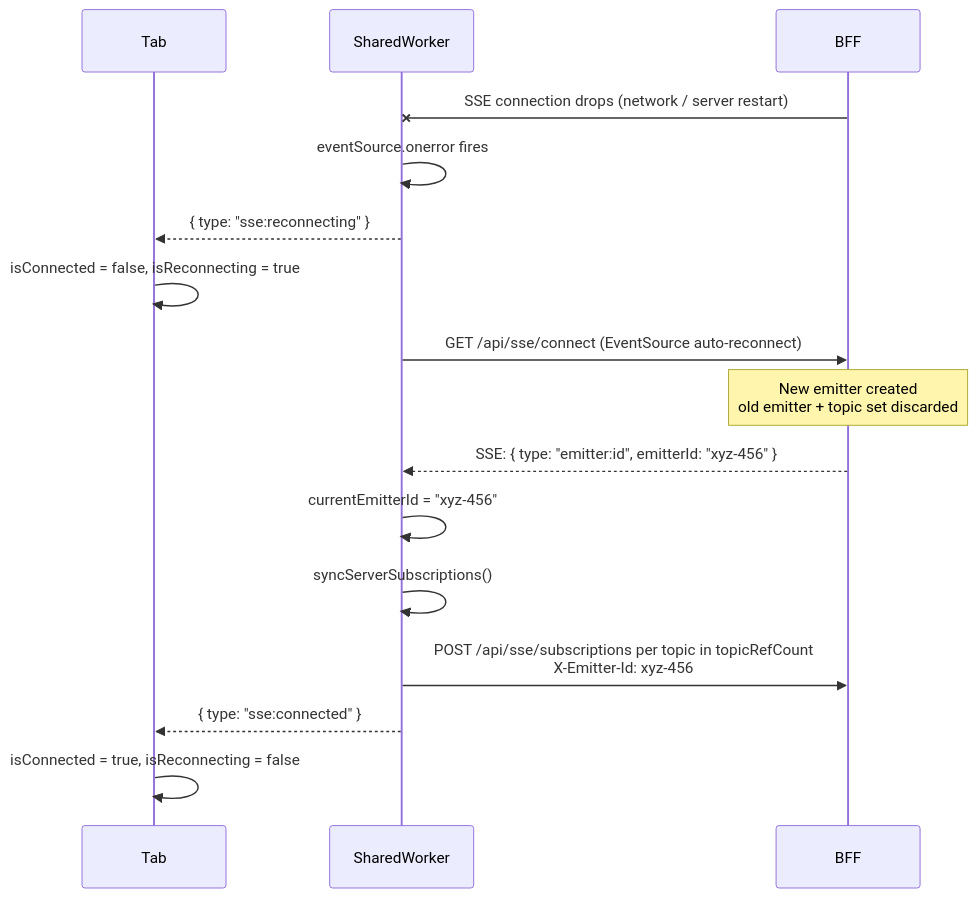
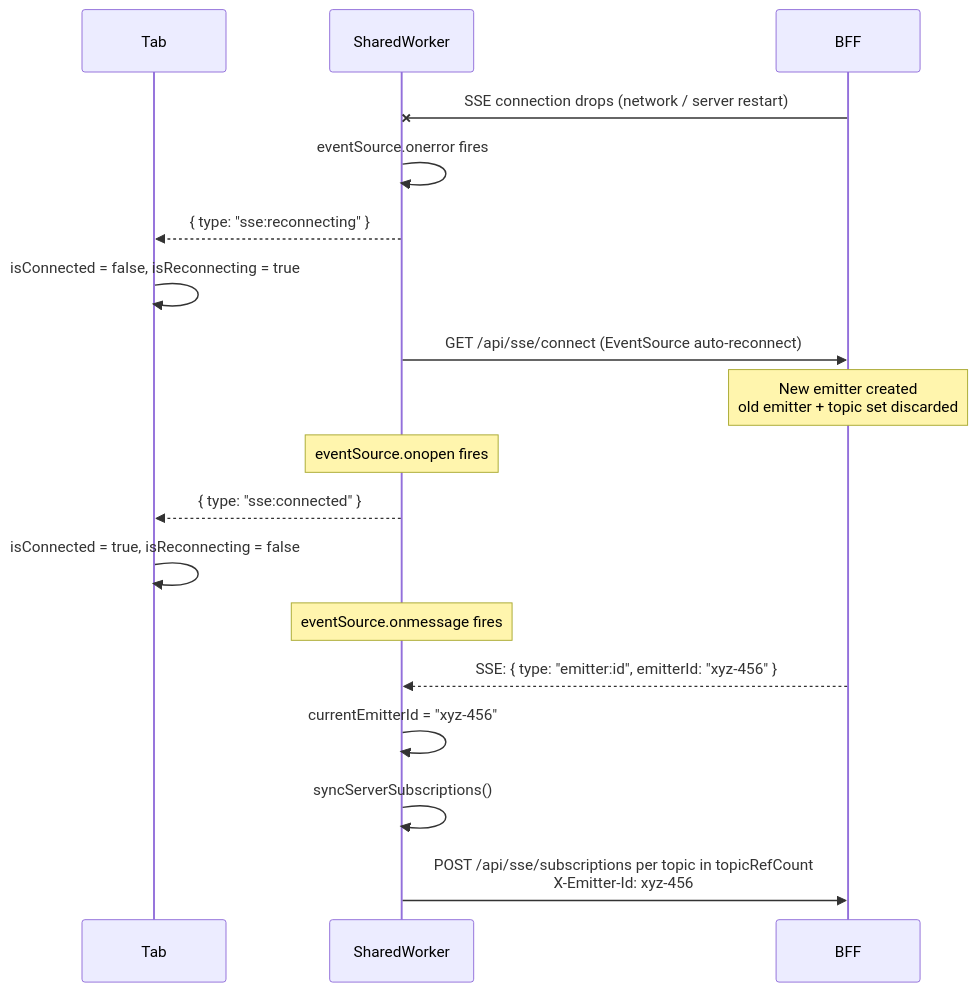
The fifth of 7 diagrams in SSE-DIAGRAMS.md (iarroyo/sse-demo), drawn with Mermaid before and after one commit. The commit also changed other lines of this file and 1 other file, not shown here.

First line of the commit message:
docs(sse): fix onopen/onmessage ordering in diagrams and scenarios

````diff
--- a/SSE-DIAGRAMS.md
+++ b/SSE-DIAGRAMS.md
@@ -122,21 +123,24 @@
 ```mermaid
 sequenceDiagram
     participant Tab
     participant Worker as SharedWorker
     participant Server as BFF
 
     Server-xWorker: SSE connection drops (network / server restart)
     Worker->>Worker: eventSource.onerror fires
     Worker-->>Tab: { type: "sse:reconnecting" }
     Tab->>Tab: isConnected = false, isReconnecting = true
 
     Worker->>Server: GET /api/sse/connect (EventSource auto-reconnect)
     Note over Server: New emitter created<br/>old emitter + topic set discarded
+
+    Note over Worker: eventSource.onopen fires
+    Worker-->>Tab: { type: "sse:connected" }
+    Tab->>Tab: isConnected = true, isReconnecting = false
+
+    Note over Worker: eventSource.onmessage fires
     Server-->>Worker: SSE: { type: "emitter:id", emitterId: "xyz-456" }
     Worker->>Worker: currentEmitterId = "xyz-456"
     Worker->>Worker: syncServerSubscriptions()
     Worker->>Server: POST /api/sse/subscriptions per topic in topicRefCount<br/>X-Emitter-Id: xyz-456
-
-    Worker-->>Tab: { type: "sse:connected" }
-    Tab->>Tab: isConnected = true, isReconnecting = false
 ```
````
